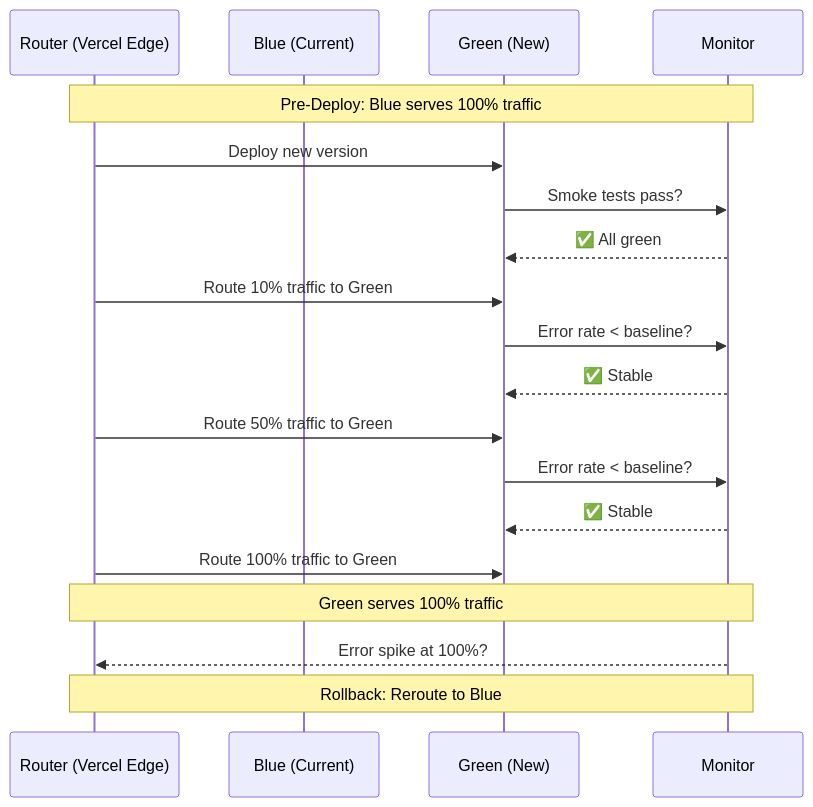
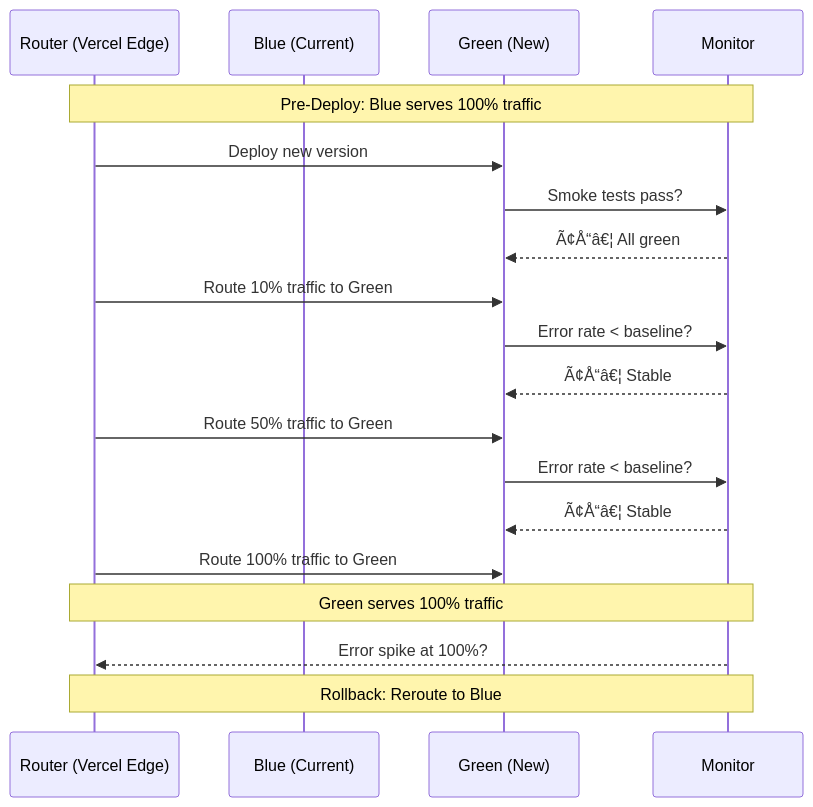
Diagram 13 of 17 in docs/12-devops/DEPLOYMENT-GUIDE.md (rohitkumarnaidu/Portfolio), drawn with Mermaid before and after one commit. The commit also changed other lines of this file and 343 other files, not shown here.

First line of the commit message:
docs: add Mermaid diagrams across 140+ files — 38% -> 70% coverage

````diff
--- a/docs/12-devops/DEPLOYMENT-GUIDE.md
+++ b/docs/12-devops/DEPLOYMENT-GUIDE.md
@@ -1293,27 +1293,27 @@
 ```mermaid
 sequenceDiagram
     participant R as Router (Vercel Edge)
     participant B as Blue (Current)
     participant G as Green (New)
     participant M as Monitor
 
     Note over R,M: Pre-Deploy: Blue serves 100% traffic
     
     R->>G: Deploy new version
     G->>M: Smoke tests pass?
-    M-->>G: ✅ All green
+    M-->>G: Ã¢Å“â€¦ All green
     
     R->>G: Route 10% traffic to Green
     G->>M: Error rate < baseline?
-    M-->>G: ✅ Stable
+    M-->>G: Ã¢Å“â€¦ Stable
     
     R->>G: Route 50% traffic to Green
     G->>M: Error rate < baseline?
-    M-->>G: ✅ Stable
+    M-->>G: Ã¢Å“â€¦ Stable
     
     R->>G: Route 100% traffic to Green
     Note over R,M: Green serves 100% traffic
     
     M-->>R: Error spike at 100%?
     Note over R,M: Rollback: Reroute to Blue
 ```
````
